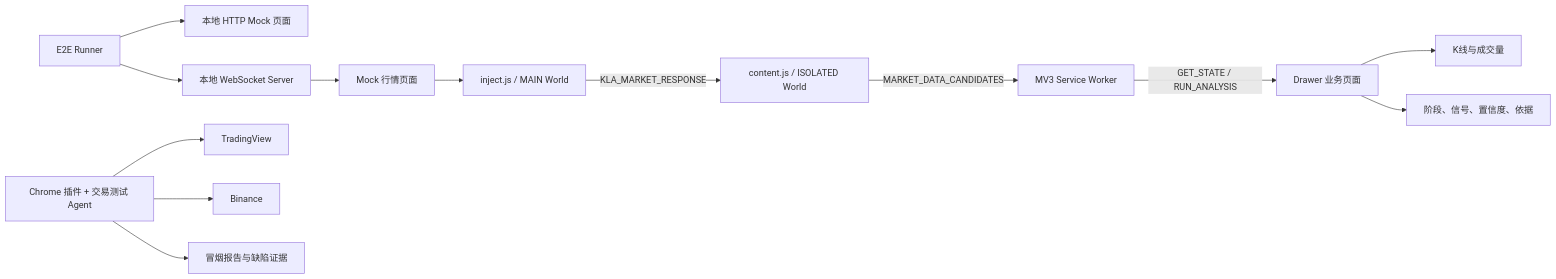
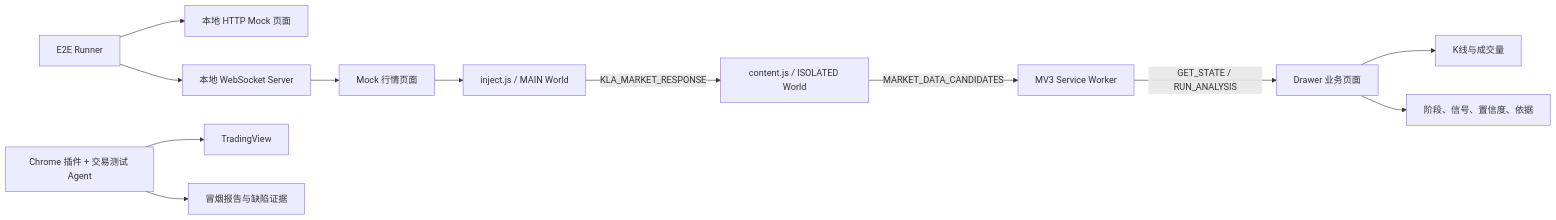
The first of 2 diagrams in docs/E2E_TEST_PLAN.md (LanShiLiang/Chrome_K_line_analyzer), drawn with Mermaid before and after one commit. The commit also changed other lines of this file and 31 other files, not shown here.

Commit message:
feat: add multi-site analysis and harden architecture

````diff
--- a/docs/E2E_TEST_PLAN.md
+++ b/docs/E2E_TEST_PLAN.md
@@ -41,15 +41,14 @@
 ```mermaid
 flowchart LR
     RUNNER["E2E Runner"] --> HTTP["本地 HTTP Mock 页面"]
     RUNNER --> WS["本地 WebSocket Server"]
     WS --> PAGE["Mock 行情页面"]
     PAGE --> MAIN["inject.js / MAIN World"]
     MAIN -->|"KLA_MARKET_RESPONSE"| CONTENT["content.js / ISOLATED World"]
     CONTENT -->|"MARKET_DATA_CANDIDATES"| SW["MV3 Service Worker"]
     SW -->|"GET_STATE / RUN_ANALYSIS"| DRAWER["Drawer 业务页面"]
     DRAWER --> CHART["K线与成交量"]
     DRAWER --> RESULT["阶段、信号、置信度、依据"]
     AGENT["Chrome 插件 + 交易测试 Agent"] --> TV["TradingView"]
-    AGENT --> BN["Binance"]
     AGENT --> REPORT["冒烟报告与缺陷证据"]
 ```
````
